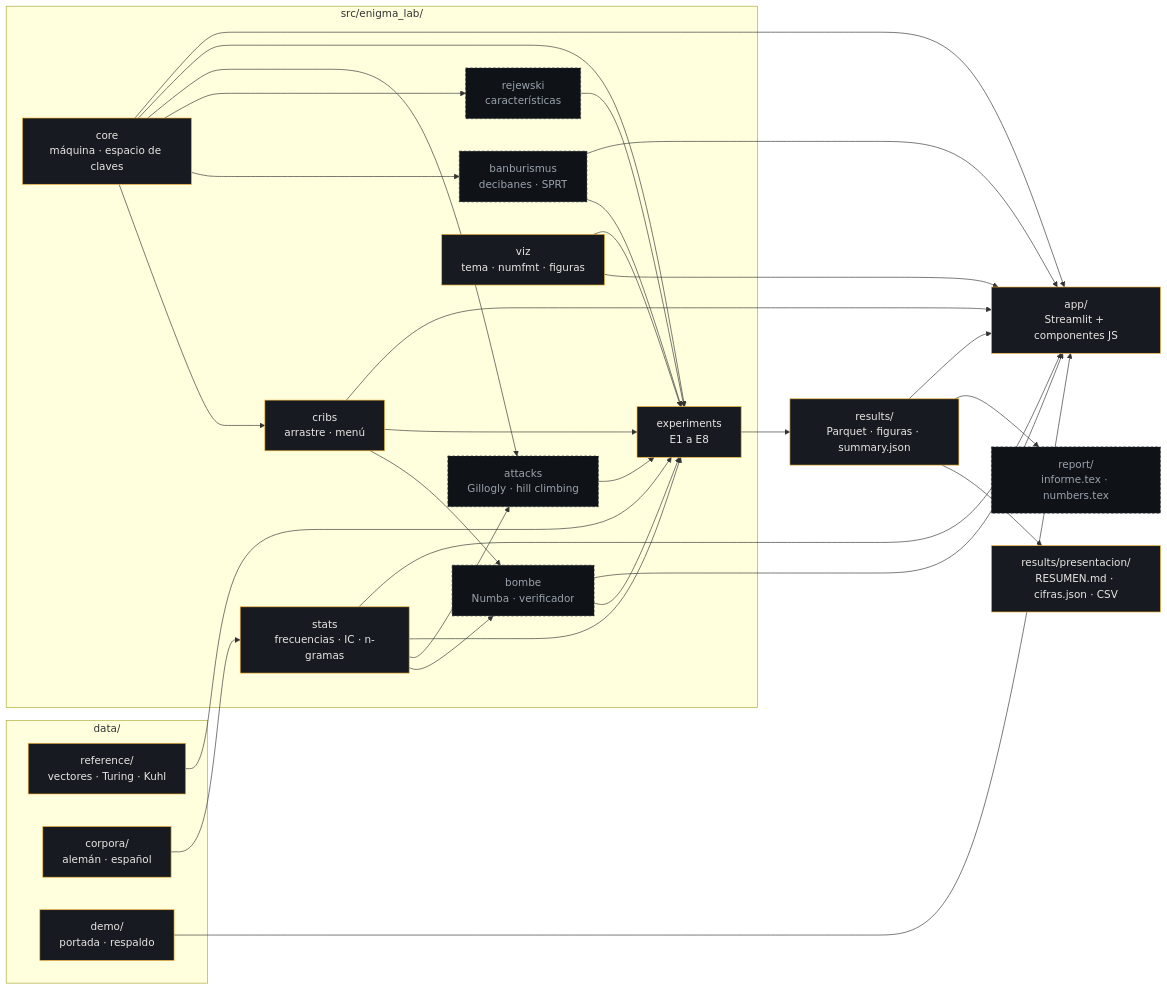
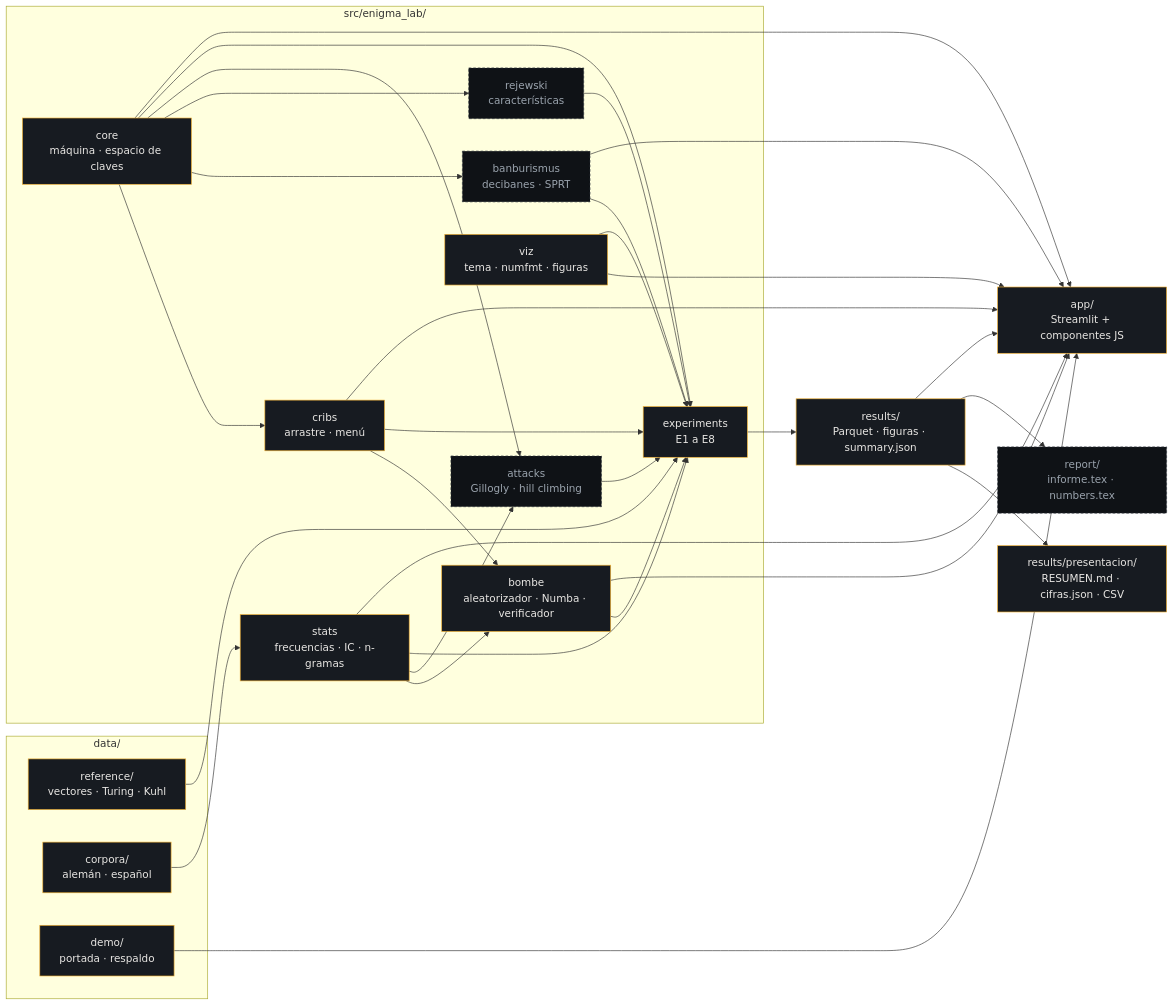
The first of 3 diagrams in docs/ARQUITECTURA.md (Cartosn/enigma-lab), drawn with Mermaid before and after one commit. The commit also changed other lines of this file and 38 other files, not shown here.

````diff
--- a/docs/ARQUITECTURA.md
+++ b/docs/ARQUITECTURA.md
@@ -12,47 +12,47 @@
 ```mermaid
 flowchart LR
     subgraph data["data/"]
         ref["reference/<br/>vectores · Turing · Kuhl"]
         corp["corpora/<br/>alemán · español"]
         demo["demo/<br/>portada · respaldo"]
     end
 
     subgraph lib["src/enigma_lab/"]
         core["core<br/>máquina · espacio de claves"]
         stats["stats<br/>frecuencias · IC · n-gramas"]
         cribs["cribs<br/>arrastre · menú"]
-        bombe["bombe<br/>Numba · verificador"]
+        bombe["bombe<br/>aleatorizador · Numba · verificador"]
         banb["banburismus<br/>decibanes · SPRT"]
         rej["rejewski<br/>características"]
         att["attacks<br/>Gillogly · hill climbing"]
         exp["experiments<br/>E1 a E8"]
         viz["viz<br/>tema · numfmt · figuras"]
     end
 
     app["app/<br/>Streamlit + componentes JS"]
     results["results/<br/>Parquet · figuras · summary.json"]
     pres["results/presentacion/<br/>RESUMEN.md · cifras.json · CSV"]
     report["report/<br/>informe.tex · numbers.tex"]
 
     corp --> stats
     ref --> exp
     demo --> app
     core --> cribs --> bombe
     core --> banb
     core --> rej
     stats --> bombe
     stats --> att
     core --> att
     core & stats & cribs & bombe & banb & rej & att --> exp
     exp --> results --> pres
     results --> report
     viz --> app
     viz --> exp
     core & stats & cribs & bombe & banb --> app
     results --> app
 
     classDef done fill:#171B21,stroke:#F2B134,color:#E8E6E3
     classDef todo fill:#0F1216,stroke:#2A3038,color:#9AA3AD,stroke-dasharray: 4 3
-    class core,viz,app,exp,results,pres,ref,demo,stats,cribs,corp done
-    class bombe,banb,rej,att,report todo
+    class core,viz,app,exp,results,pres,ref,demo,stats,cribs,corp,bombe done
+    class banb,rej,att,report todo
 ```
````
